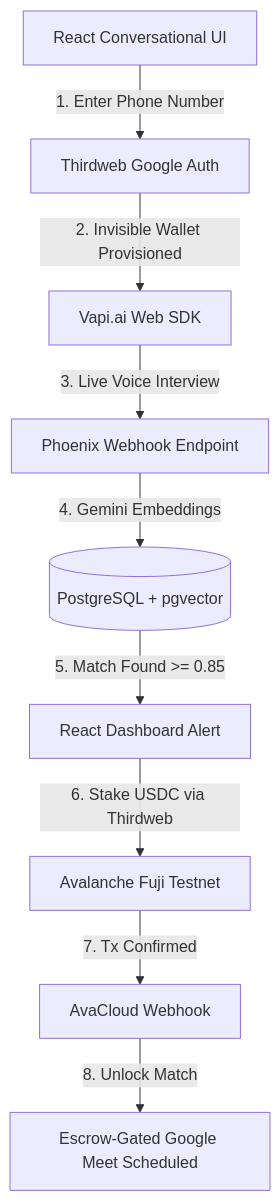
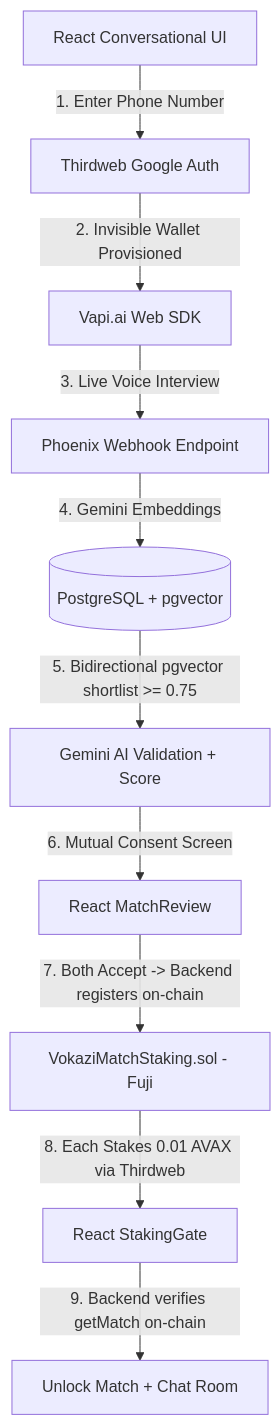
Before and after one commit to okumuraven/Boardy.ai: the diagram in ARCHITECTURE.md, drawn with Mermaid. The commit also changed other lines of this file and 24 other files, not shown here.

Commit message:
feat: add staking gates, match review, and AI validation to matchmaking

````diff
--- a/ARCHITECTURE.md
+++ b/ARCHITECTURE.md
@@ -10,11 +10,12 @@
 ```mermaid
 graph TD
     A[React Conversational UI] -->|1. Enter Phone Number| B[Thirdweb Google Auth]
     B -->|2. Invisible Wallet Provisioned| C[Vapi.ai Web SDK]
     C -->|3. Live Voice Interview| D[Phoenix Webhook Endpoint]
     D -->|4. Gemini Embeddings| E[(PostgreSQL + pgvector)]
-    E -->|5. Match Found >= 0.85| F[React Dashboard Alert]
-    F -->|6. Stake USDC via Thirdweb| G[Avalanche Fuji Testnet]
-    G -->|7. Tx Confirmed| H[AvaCloud Webhook]
-    H -->|8. Unlock Match| I[Escrow-Gated Google Meet Scheduled]
+    E -->|5. Bidirectional pgvector shortlist >= 0.75| F[Gemini AI Validation + Score]
+    F -->|6. Mutual Consent Screen| G[React MatchReview]
+    G -->|7. Both Accept -> Backend registers on-chain| H[VokaziMatchStaking.sol - Fuji]
+    H -->|8. Each Stakes 0.01 AVAX via Thirdweb| I[React StakingGate]
+    I -->|9. Backend verifies getMatch on-chain| J[Unlock Match + Chat Room]
 ```
````
